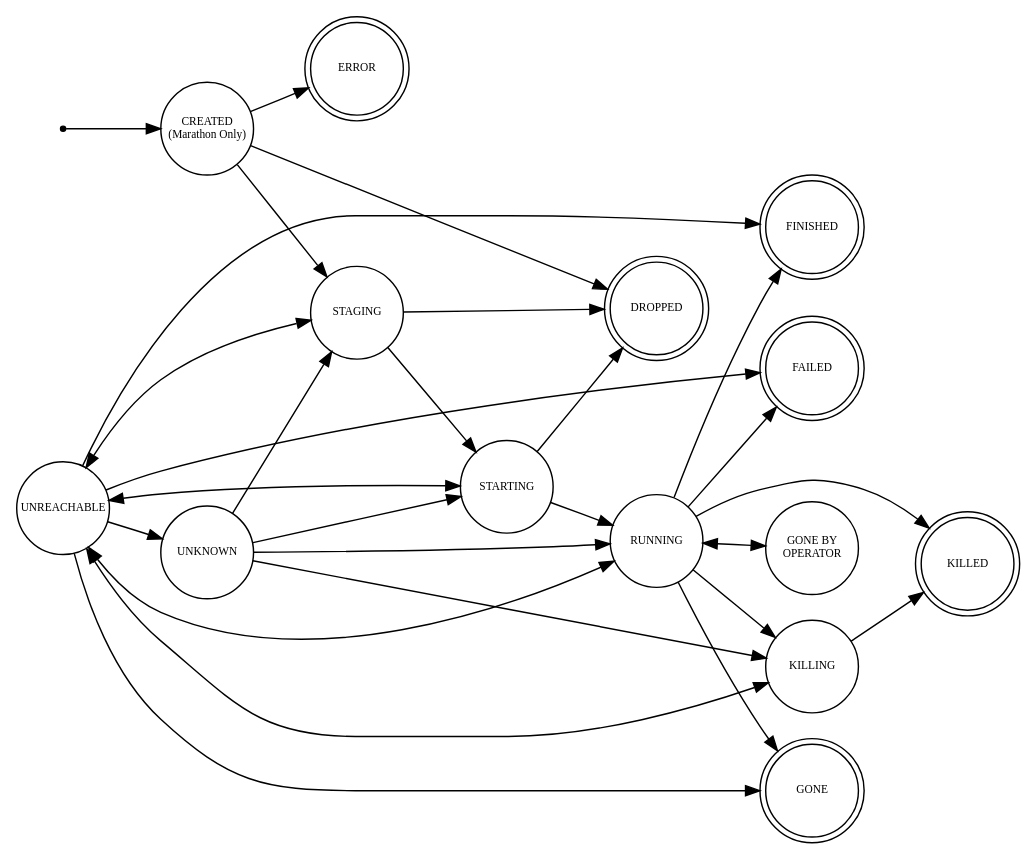
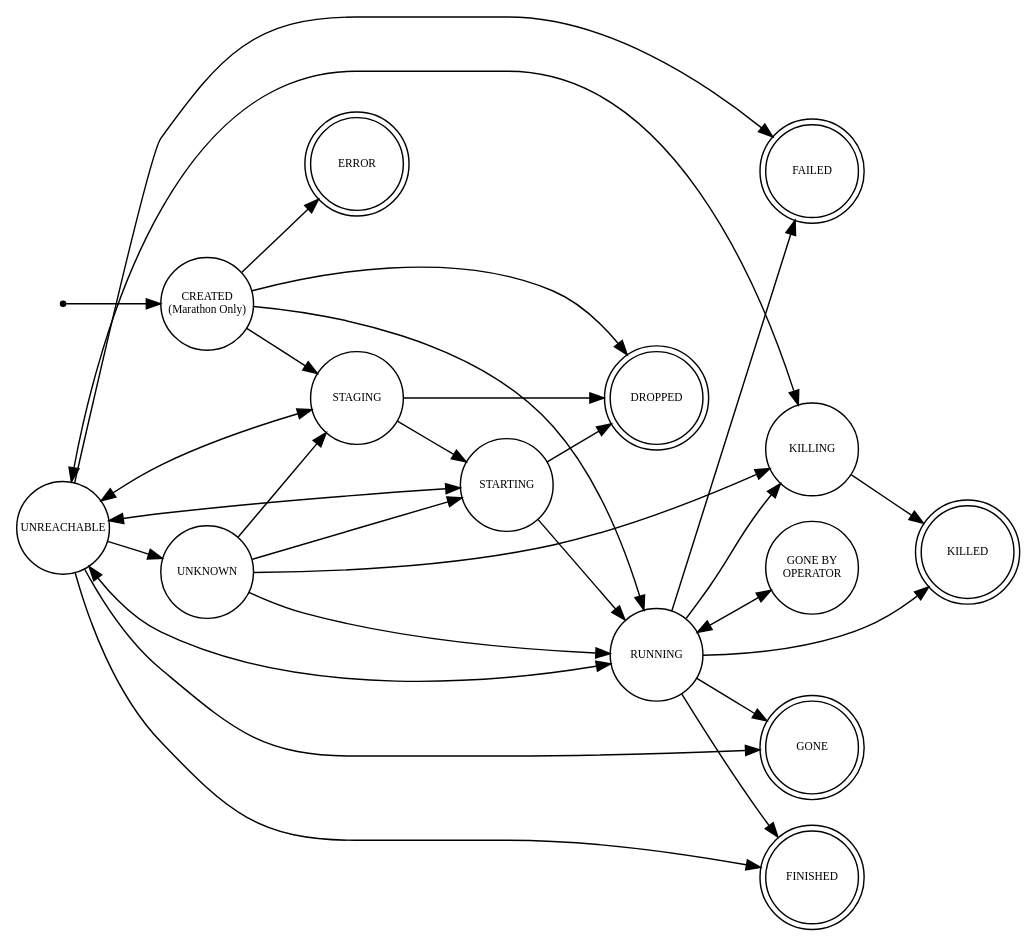
One commit to abunuwas/marathon changed the diagram in task_status_fsm.dot. Above: the diagram before and after it, drawn with Graphviz. The commit also changed 3 other files, not shown here.

```diff
--- a/task_status_fsm.dot
+++ b/task_status_fsm.dot
@@ -1,121 +1,122 @@
 digraph task_status_fsm {
     //layout = "fdp"
     rankdir = LR
 
     node [shape = point]; start;
 
     node [ fontsize = 8
          , fixedsize = true
          , width=0.9
          ]
 
 
       /**************************/
      /** Non-terminal states **/
     /************************/
   node [shape = circle];
 
     // Internal state for Marathon when a task start was requested.
     "CREATED\n(Marathon Only)";
 
     // Initial state. Framework status updates should not use.
     STAGING;
 
     // The task is being launched by the executor.
     STARTING;
 
   RUNNING;
 
     // The task is being killed by the executor.
     KILLING;
 
     // The task was running on an agent that has lost contact with the
     // master, typically due to a network failure or partition. The task
     // may or may not still be running.
   UNREACHABLE;
 
     // The task was running on an agent that the master cannot contact;
     // the operator has asserted that the agent has been shutdown, but
     // this has not been directly confirmed by the master. If the
     // operator is correct, the task is not running and this is a
     // terminal state; if the operator is mistaken, the task might still
     // be running, and might return to the RUNNING state in the future.
   "GONE BY\nOPERATOR";
 
     // The master has no knowledge of the task. This is typically
     // because either (a) the master never had knowledge of the task, or
     // (b) the master forgot about the task because it garbaged
     // collected its metadata about the task. The task may or may not
     // still be running.
   UNKNOWN;
 
       /*************************/
      /**** Terminal states ****/
     /*************************/
   node [shape = doublecircle];
 
     // The task was running on an agent that has been shutdown (e.g.,
     // the agent become partitioned, rebooted, and then reconnected to
     // the master; any tasks running before the reboot will transition
     // from UNREACHABLE to GONE). The task is no longer running. This is
     // a terminal state.
     GONE;
 
     // The task finished successfully.
     FINISHED;
 
     // The task failed to finish successfully.
     FAILED;
 
     // The task was killed by the executor.
     KILLED;
 
     // The task description contains an error.
     ERROR;
 
     // The task failed to launch because of a transient error. The
     // task's executor never started running. Unlike TASK_ERROR, the
     // task description is valid -- attempting to launch the task again
     // may be successful. This is a terminal state.
   DROPPED;
 
     start -> "CREATED\n(Marathon Only)";
     "CREATED\n(Marathon Only)" -> ERROR;
     "CREATED\n(Marathon Only)" -> STAGING;
+    "CREATED\n(Marathon Only)" -> RUNNING;
     "CREATED\n(Marathon Only)" -> DROPPED;
     STAGING -> STARTING;
     STAGING -> DROPPED;
     STARTING -> RUNNING;
     STARTING -> DROPPED;
 
     RUNNING -> GONE;
     RUNNING -> "GONE BY\nOPERATOR" [dir = both];
     RUNNING -> FAILED;
     RUNNING -> FINISHED;
     RUNNING -> KILLING;
 
     // A task can go right to being killed without going through killing phase.
     RUNNING -> KILLED;
 
     KILLING -> KILLED;
 
     // A task can come back from being UNREACHABLE to any state. HOWEVER, if a
     // task was state A and then UNREACHABLE it comes back only to being A. So
     // UNREACHABLE is not transitive.
     UNREACHABLE -> GONE;
     UNREACHABLE -> FAILED;
     UNREACHABLE -> FINISHED;
     UNREACHABLE -> RUNNING  [dir = both];
     UNREACHABLE -> STARTING  [dir = both];
     UNREACHABLE -> STAGING  [dir = both];
     UNREACHABLE -> KILLING  [dir = both];
 
     // This means that the task got garbage collected.
     UNREACHABLE -> UNKNOWN;
 
     // An unreachable task that was garbage collected comes back to life.
     UNKNOWN -> RUNNING;
     UNKNOWN -> STARTING;
     UNKNOWN -> STAGING;
     UNKNOWN -> KILLING;
 }
```
